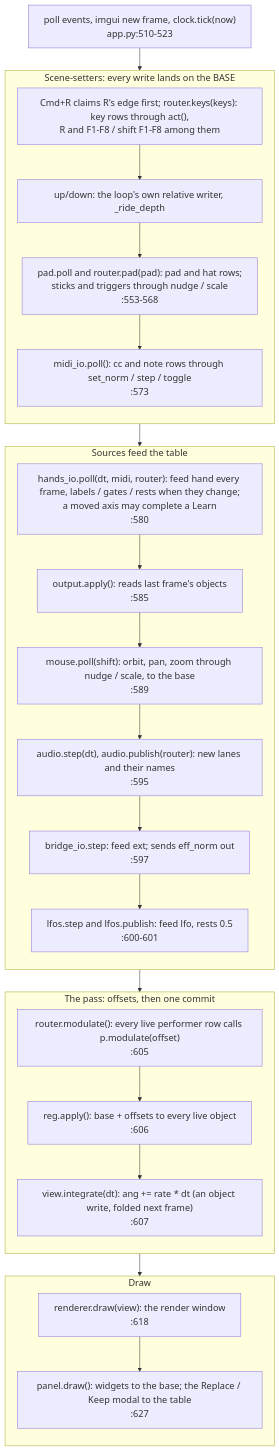
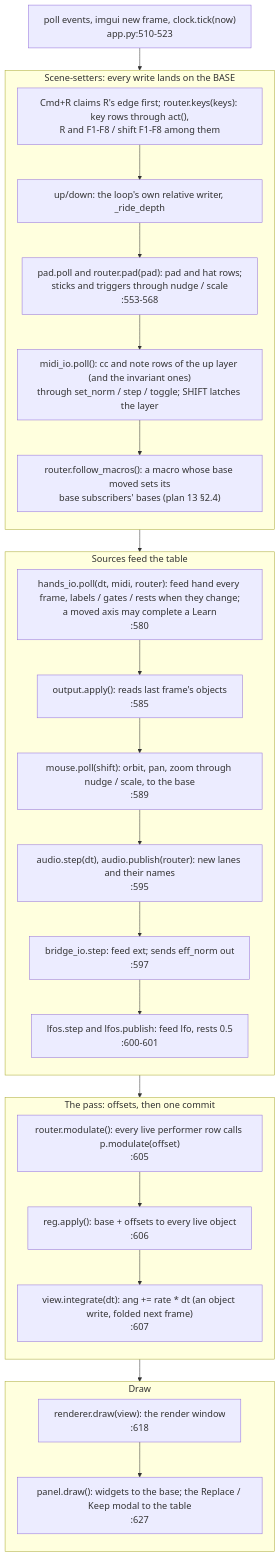
One commit to Cutaiar/hyperspace changed the diagram in hyperspace-python/docs/ARCHITECTURE.md. Above: the diagram before and after it, drawn with Mermaid. The commit also changed other lines of this file and 1 other file, not shown here.

First line of the commit message:
ARCHITECTURE and ENGINEERING: the desk's layers and the macros' subscribers (plan 13 WP3)

````diff
--- a/hyperspace-python/docs/ARCHITECTURE.md
+++ b/hyperspace-python/docs/ARCHITECTURE.md
@@ -67,40 +67,41 @@
 ```mermaid
 %%{init: {"themeVariables": {"fontSize": "18px"}, "flowchart": {"nodeSpacing": 28, "rankSpacing": 44, "wrappingWidth": 420}}}%%
 flowchart TB
     S0["poll events, imgui new frame, clock.tick(now)<br/>app.py:510-523"]
     subgraph setters ["Scene-setters: every write lands on the BASE"]
         direction TB
         S1["Cmd+R claims R's edge first; router.keys(keys): key rows through act(),<br/>R and F1-F8 / shift F1-F8 among them"]
         S2["up/down: the loop's own relative writer, _ride_depth"]
         S3["pad.poll and router.pad(pad): pad and hat rows;<br/>sticks and triggers through nudge / scale<br/>:553-568"]
-        S4["midi_io.poll(): cc and note rows through set_norm / step / toggle<br/>:573"]
-        S1 --> S2 --> S3 --> S4
+        S4["midi_io.poll(): cc and note rows of the up layer (and the invariant ones)<br/>through set_norm / step / toggle; SHIFT latches the layer"]
+        S4b["router.follow_macros(): a macro whose base moved sets its<br/>base subscribers' bases (plan 13 §2.4)"]
+        S1 --> S2 --> S3 --> S4 --> S4b
     end
     subgraph feeds ["Sources feed the table"]
         direction TB
         S5["hands_io.poll(dt, midi, router): feed hand every frame, labels / gates / rests when they change;<br/>a moved axis may complete a Learn<br/>:580"]
         S6["output.apply(): reads last frame's objects<br/>:585"]
         S7["mouse.poll(shift): orbit, pan, zoom through nudge / scale, to the base<br/>:589"]
         S8["audio.step(dt), audio.publish(router): new lanes and their names<br/>:595"]
         S9["bridge_io.step: feed ext; sends eff_norm out<br/>:597"]
         S10["lfos.step and lfos.publish: feed lfo, rests 0.5<br/>:600-601"]
         S5 --> S6 --> S7 --> S8 --> S9 --> S10
     end
     subgraph pass ["The pass: offsets, then one commit"]
         direction TB
         S11["router.modulate(): every live performer row calls p.modulate(offset)<br/>:605"]
         S12["reg.apply(): base + offsets to every live object<br/>:606"]
         S13["view.integrate(dt): ang += rate * dt (an object write, folded next frame)<br/>:607"]
         S11 --> S12 --> S13
     end
     subgraph draw ["Draw"]
         direction TB
         S14["renderer.draw(view): the render window<br/>:618"]
         S15["panel.draw(): widgets to the base; the Replace / Keep modal to the table<br/>:627"]
         S14 --> S15
     end
     S0 --> S1
-    S4 --> S5
+    S4b --> S5
     S10 --> S11
     S13 --> S14
 ```
````
